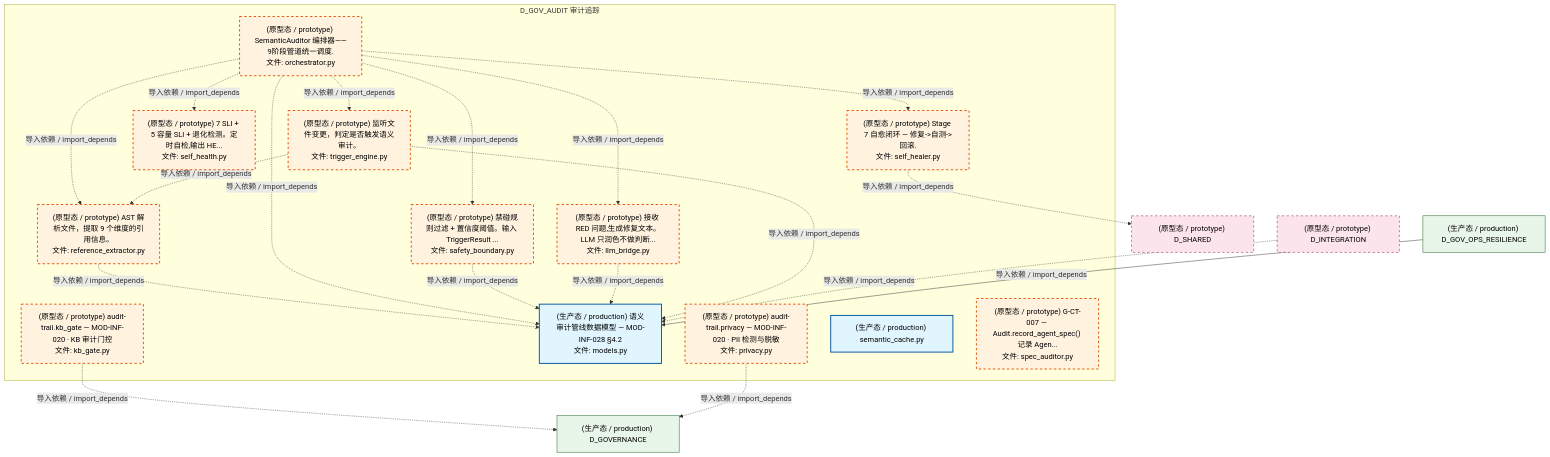
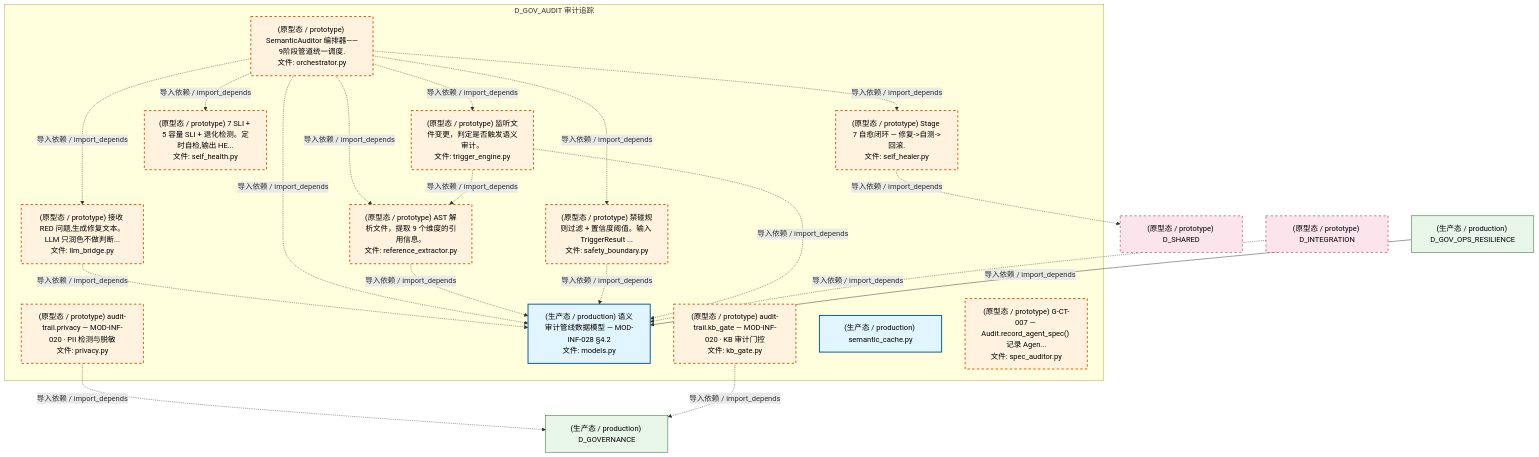
Before and after one commit to xuanFelixVan/ZephyrAlpha: the fourth of 8 diagrams in docs/02_enterprise_architecture/02_domain_architecture_docs/39_d_gov_audit.md, drawn with Mermaid. The commit also changed other lines of this file and 102 other files, not shown here.

````diff
--- a/docs/02_enterprise_architecture/02_domain_architecture_docs/39_d_gov_audit.md
+++ b/docs/02_enterprise_architecture/02_domain_architecture_docs/39_d_gov_audit.md
@@ -451,46 +450,46 @@
 ```mermaid
 graph TD
     subgraph D_GOV_AUDIT["D_GOV_AUDIT 审计追踪"]
         src_zephyr_governance_semantic_audit_kb_gate_py["(原型态 / prototype) audit-trail.kb_gate — MOD-INF-020 · KB 审计门控<br/>文件: kb_gate.py"]
         src_zephyr_governance_semantic_audit_llm_bridge_py["(原型态 / prototype) 接收 RED 问题,生成修复文本。LLM 只润色不做判断...<br/>文件: llm_bridge.py"]
         src_zephyr_governance_semantic_audit_models_py["(生产态 / production) 语义审计管线数据模型 — MOD-INF-028 §4.2<br/>文件: models.py"]
         src_zephyr_governance_semantic_audit_orchestrator_py["(原型态 / prototype) SemanticAuditor 编排器——9阶段管道统一调度.<br/>文件: orchestrator.py"]
         src_zephyr_governance_semantic_audit_privacy_py["(原型态 / prototype) audit-trail.privacy — MOD-INF-020 · PII 检测与脱敏<br/>文件: privacy.py"]
         src_zephyr_governance_semantic_audit_reference_extractor_py["(原型态 / prototype) AST 解析文件，提取 9 个维度的引用信息。<br/>文件: reference_extractor.py"]
         src_zephyr_governance_semantic_audit_safety_boundary_py["(原型态 / prototype) 禁碰规则过滤 + 置信度阈值。输入 TriggerResult ...<br/>文件: safety_boundary.py"]
         src_zephyr_governance_semantic_audit_self_healer_py["(原型态 / prototype) Stage 7 自愈闭环 — 修复->自测->回滚.<br/>文件: self_healer.py"]
         src_zephyr_governance_semantic_audit_self_health_py["(原型态 / prototype) 7 SLI + 5 容量 SLI + 退化检测。定时自检,输出 HE...<br/>文件: self_health.py"]
         src_zephyr_governance_semantic_audit_semantic_cache_py["(生产态 / production) semantic_cache.py"]
         src_zephyr_governance_semantic_audit_spec_auditor_py["(原型态 / prototype) G-CT-007 — Audit.record_agent_spec() 记录 Agen...<br/>文件: spec_auditor.py"]
         src_zephyr_governance_semantic_audit_trigger_engine_py["(原型态 / prototype) 监听文件变更，判定是否触发语义审计。<br/>文件: trigger_engine.py"]
     end
-    src_zephyr_governance_semantic_audit_reference_extractor_py -.->|导入依赖 / import_depends| src_zephyr_governance_semantic_audit_models_py
+    src_zephyr_governance_semantic_audit_llm_bridge_py -.->|导入依赖 / import_depends| src_zephyr_governance_semantic_audit_models_py
     src_zephyr_governance_semantic_audit_orchestrator_py -.->|导入依赖 / import_depends| src_zephyr_governance_semantic_audit_models_py
+    src_zephyr_governance_semantic_audit_orchestrator_py -.->|导入依赖 / import_depends| src_zephyr_governance_semantic_audit_llm_bridge_py
+    src_zephyr_governance_semantic_audit_orchestrator_py -.->|导入依赖 / import_depends| src_zephyr_governance_semantic_audit_self_healer_py
     src_zephyr_governance_semantic_audit_orchestrator_py -.->|导入依赖 / import_depends| src_zephyr_governance_semantic_audit_reference_extractor_py
     src_zephyr_governance_semantic_audit_orchestrator_py -.->|导入依赖 / import_depends| src_zephyr_governance_semantic_audit_safety_boundary_py
-    src_zephyr_governance_semantic_audit_orchestrator_py -.->|导入依赖 / import_depends| src_zephyr_governance_semantic_audit_self_healer_py
-    src_zephyr_governance_semantic_audit_orchestrator_py -.->|导入依赖 / import_depends| src_zephyr_governance_semantic_audit_llm_bridge_py
     src_zephyr_governance_semantic_audit_orchestrator_py -.->|导入依赖 / import_depends| src_zephyr_governance_semantic_audit_self_health_py
     src_zephyr_governance_semantic_audit_orchestrator_py -.->|导入依赖 / import_depends| src_zephyr_governance_semantic_audit_trigger_engine_py
+    src_zephyr_governance_semantic_audit_reference_extractor_py -.->|导入依赖 / import_depends| src_zephyr_governance_semantic_audit_models_py
     src_zephyr_governance_semantic_audit_safety_boundary_py -.->|导入依赖 / import_depends| src_zephyr_governance_semantic_audit_models_py
-    src_zephyr_governance_semantic_audit_llm_bridge_py -.->|导入依赖 / import_depends| src_zephyr_governance_semantic_audit_models_py
     src_zephyr_governance_semantic_audit_trigger_engine_py -.->|导入依赖 / import_depends| src_zephyr_governance_semantic_audit_models_py
     src_zephyr_governance_semantic_audit_trigger_engine_py -.->|导入依赖 / import_depends| src_zephyr_governance_semantic_audit_reference_extractor_py
     D_GOVERNANCE["(生产态 / production) D_GOVERNANCE"]
+    src_zephyr_governance_semantic_audit_privacy_py -.->|导入依赖 / import_depends| D_GOVERNANCE
     src_zephyr_governance_semantic_audit_kb_gate_py -.->|导入依赖 / import_depends| D_GOVERNANCE
-    src_zephyr_governance_semantic_audit_privacy_py -.->|导入依赖 / import_depends| D_GOVERNANCE
     D_SHARED["(原型态 / prototype) D_SHARED"]
     src_zephyr_governance_semantic_audit_self_healer_py -.->|导入依赖 / import_depends| D_SHARED
     D_INTEGRATION["(原型态 / prototype) D_INTEGRATION"]
     D_INTEGRATION -.->|导入依赖 / import_depends| src_zephyr_governance_semantic_audit_models_py
     D_GOV_OPS_RESILIENCE["(生产态 / production) D_GOV_OPS_RESILIENCE"]
     D_GOV_OPS_RESILIENCE -->|导入依赖 / import_depends| src_zephyr_governance_semantic_audit_models_py
     classDef production fill:#e1f5fe,stroke:#01579b,stroke-width:2px,color:#000
     classDef design fill:#fff3e0,stroke:#e65100,stroke-width:2px,color:#000,stroke-dasharray: 5 5
     classDef external_prod fill:#e8f5e9,stroke:#1b5e20,stroke-width:1px,color:#000
     classDef external_design fill:#fce4ec,stroke:#880e4f,stroke-width:1px,color:#000,stroke-dasharray: 5 5
     class src_zephyr_governance_semantic_audit_models_py,src_zephyr_governance_semantic_audit_semantic_cache_py production
     class src_zephyr_governance_semantic_audit_kb_gate_py,src_zephyr_governance_semantic_audit_llm_bridge_py,src_zephyr_governance_semantic_audit_orchestrator_py,src_zephyr_governance_semantic_audit_privacy_py,src_zephyr_governance_semantic_audit_reference_extractor_py,src_zephyr_governance_semantic_audit_safety_boundary_py,src_zephyr_governance_semantic_audit_self_healer_py,src_zephyr_governance_semantic_audit_self_health_py,src_zephyr_governance_semantic_audit_spec_auditor_py,src_zephyr_governance_semantic_audit_trigger_engine_py design
     class D_GOVERNANCE,D_GOV_OPS_RESILIENCE external_prod
     class D_SHARED,D_INTEGRATION external_design
 ```
````
